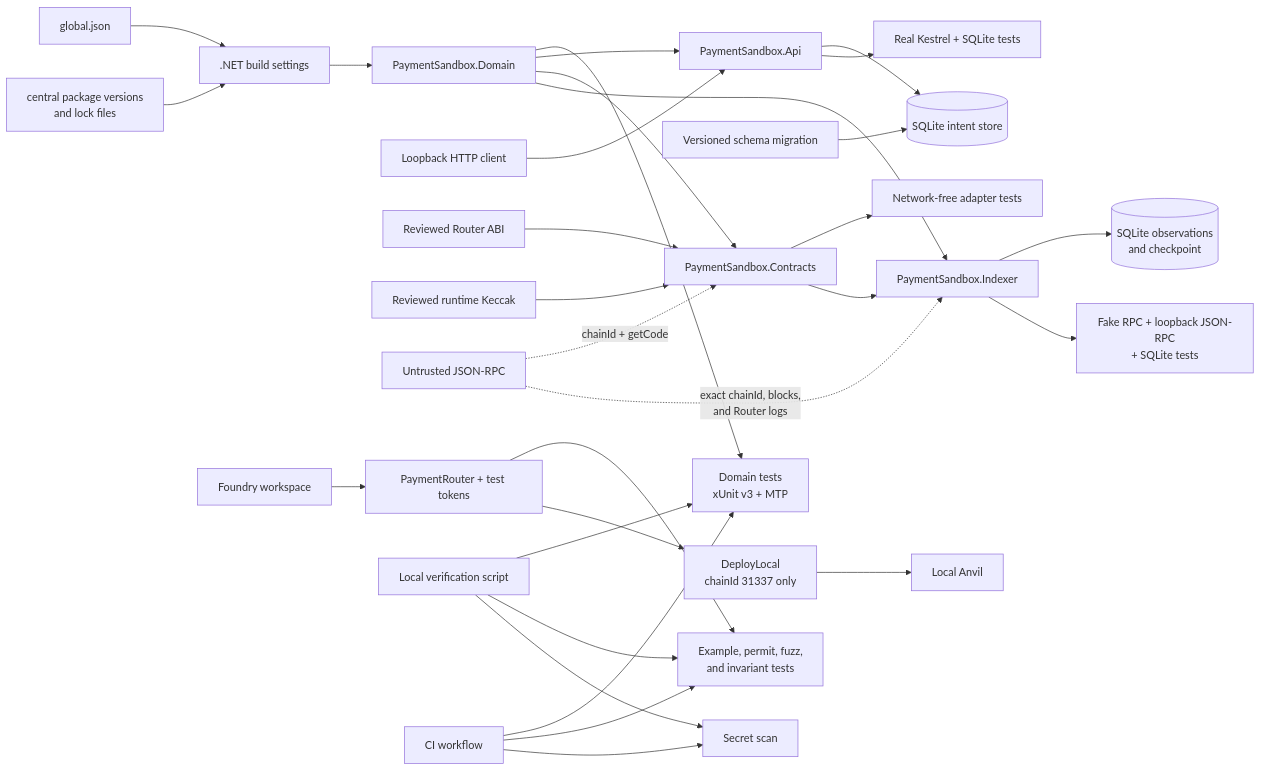
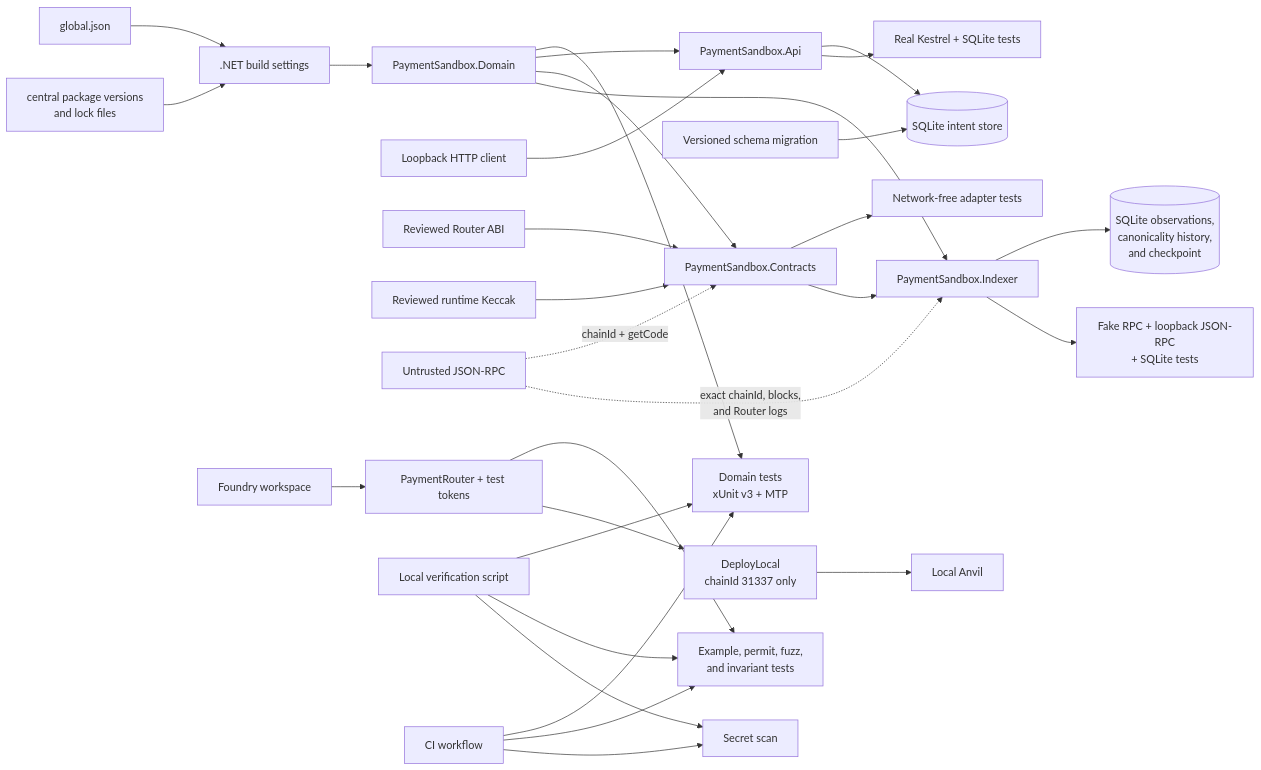
The first of 2 diagrams in docs/architecture.md (xiaocaiisxiaocai/dotnet-evm-payment-sandbox), drawn with Mermaid before and after one commit. The commit also changed other lines of this file and 15 other files, not shown here.

````diff
--- a/docs/architecture.md
+++ b/docs/architecture.md
@@ -14,34 +14,34 @@
 ```mermaid
 flowchart LR
     SDK[global.json] --> Build[.NET build settings]
     Packages[central package versions<br/>and lock files] --> Build
     Build --> Domain[PaymentSandbox.Domain]
     Domain --> DomainTests[Domain tests<br/>xUnit v3 + MTP]
     Domain --> API[PaymentSandbox.Api]
     Client[Loopback HTTP client] --> API
     API --> SQLite[(SQLite intent store)]
     Migration[Versioned schema migration] --> SQLite
     API --> APITests[Real Kestrel + SQLite tests]
     Domain --> Contracts[PaymentSandbox.Contracts]
     ABI[Reviewed Router ABI] --> Contracts
     Baseline[Reviewed runtime Keccak] --> Contracts
     RPC[Untrusted JSON-RPC] -. chainId + getCode .-> Contracts
     Contracts --> ContractAdapterTests[Network-free adapter tests]
     Domain --> Indexer[PaymentSandbox.Indexer]
     Contracts --> Indexer
     RPC -. exact chainId, blocks,<br/>and Router logs .-> Indexer
-    Indexer --> ObservationDb[(SQLite observations<br/>and checkpoint)]
+    Indexer --> ObservationDb[(SQLite observations,<br/>canonicality history,<br/>and checkpoint)]
     Indexer --> IndexerTests[Fake RPC + loopback JSON-RPC<br/>+ SQLite tests]
 
     Foundry[Foundry workspace] --> Router[PaymentRouter + test tokens]
     Router --> ContractChecks[Example, permit, fuzz,<br/>and invariant tests]
     Router --> Deploy[DeployLocal<br/>chainId 31337 only]
     Deploy --> Anvil[Local Anvil]
 
     Verify[Local verification script] --> DomainTests
     Verify --> ContractChecks
     Verify --> SecretScan[Secret scan]
     CI[CI workflow] --> DomainTests
     CI --> ContractChecks
     CI --> SecretScan
 ```
````
